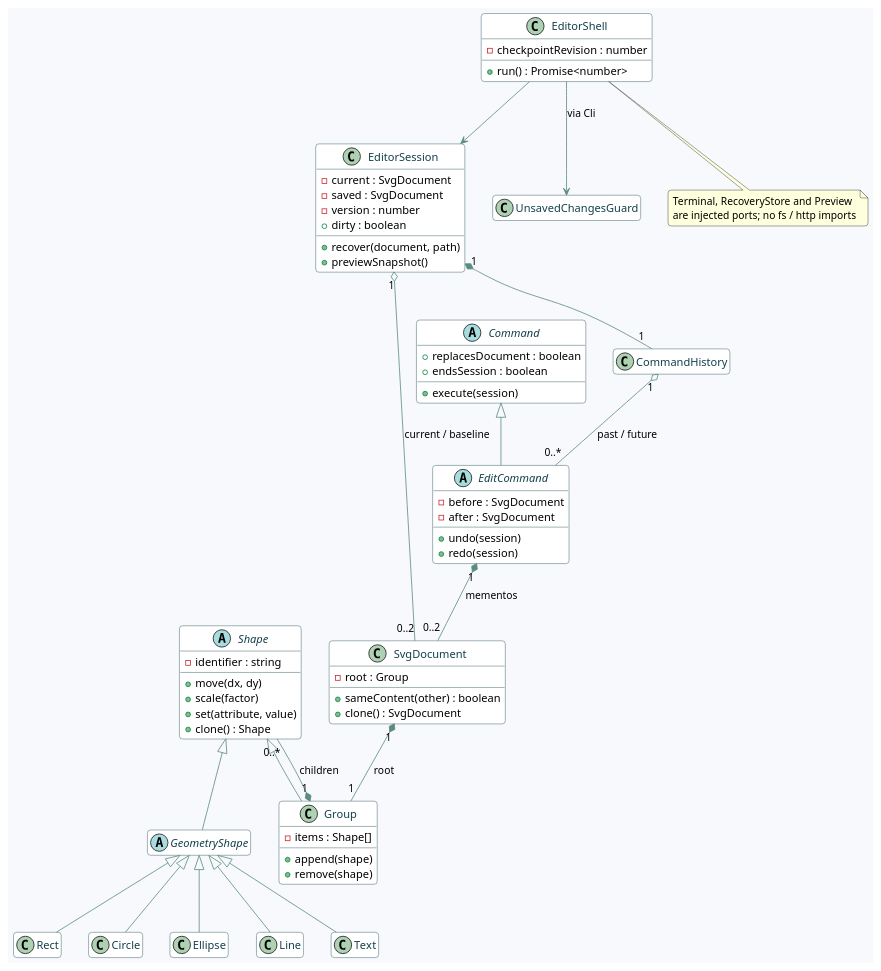
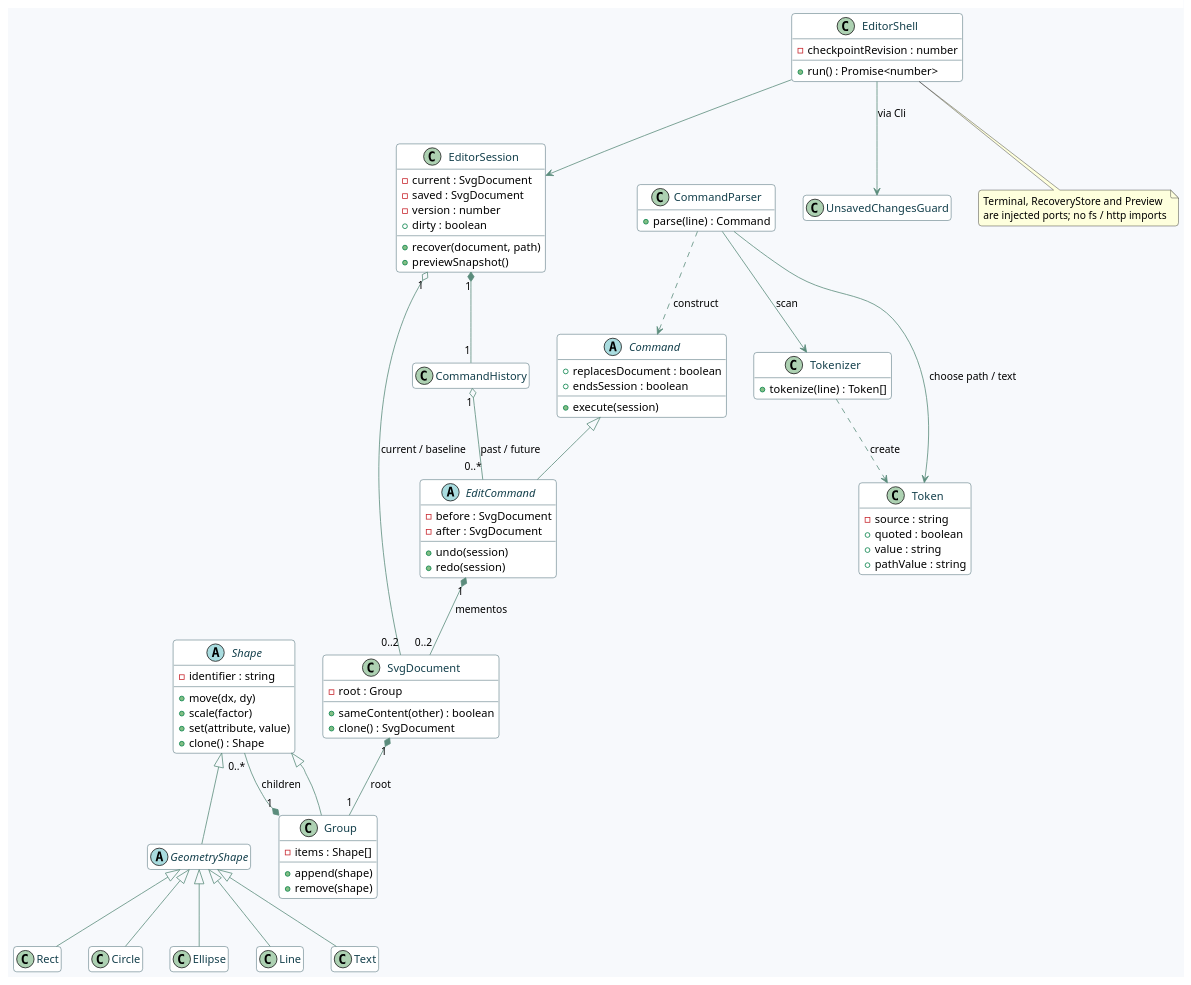
The diagram in doc/classes.puml (cqsh01/fudan-lab1-svg-editor), drawn with PlantUML before and after one commit. The commit also changed 8 other files, not shown here.

```diff
--- a/doc/classes.puml
+++ b/doc/classes.puml
@@ -1,75 +1,91 @@
 @startuml
 skinparam backgroundColor #F7F9FC
 skinparam shadowing false
 skinparam roundcorner 8
 skinparam ArrowColor #5B8C7C
 skinparam classBackgroundColor #FFFFFF
 skinparam classBorderColor #133F4B
 skinparam classFontColor #133F4B
 hide empty members
 abstract class Shape {
   - identifier : string
   + move(dx, dy)
   + scale(factor)
   + set(attribute, value)
   + clone() : Shape
 }
 abstract class GeometryShape
 class Rect
 class Circle
 class Ellipse
 class Line
 class Text
 class Group {
   - items : Shape[]
   + append(shape)
   + remove(shape)
 }
 class SvgDocument {
   - root : Group
   + sameContent(other) : boolean
   + clone() : SvgDocument
 }
 Shape <|-- GeometryShape
 Shape <|-- Group
 GeometryShape <|-- Rect
 GeometryShape <|-- Circle
 GeometryShape <|-- Ellipse
 GeometryShape <|-- Line
 GeometryShape <|-- Text
 Group "1" *-- "0..*" Shape : children
 SvgDocument "1" *-- "1" Group : root
 class EditorSession {
   - current : SvgDocument
   - saved : SvgDocument
   - version : number
   + dirty : boolean
   + recover(document, path)
   + previewSnapshot()
 }
 abstract class Command {
   + replacesDocument : boolean
   + endsSession : boolean
   + execute(session)
 }
 abstract class EditCommand {
   - before : SvgDocument
   - after : SvgDocument
   + undo(session)
   + redo(session)
 }
 class CommandHistory
 class EditorShell {
   - checkpointRevision : number
   + run() : Promise<number>
 }
 class UnsavedChangesGuard
 Command <|-- EditCommand
 EditorSession "1" *-- "1" CommandHistory
 EditorSession "1" o-- "0..2" SvgDocument : current / baseline
 CommandHistory "1" o-- "0..*" EditCommand : past / future
 EditCommand "1" *-- "0..2" SvgDocument : mementos
 EditorShell --> EditorSession
 EditorShell --> UnsavedChangesGuard : via Cli
 note bottom of EditorShell : Terminal, RecoveryStore and Preview\nare injected ports; no fs / http imports
+class Token {
+  - source : string
+  + quoted : boolean
+  + value : string
+  + pathValue : string
+}
+class Tokenizer {
+  + tokenize(line) : Token[]
+}
+class CommandParser {
+  + parse(line) : Command
+}
+CommandParser --> Tokenizer : scan
+Tokenizer ..> Token : create
+CommandParser --> Token : choose path / text
+CommandParser ..> Command : construct
 @enduml
```
